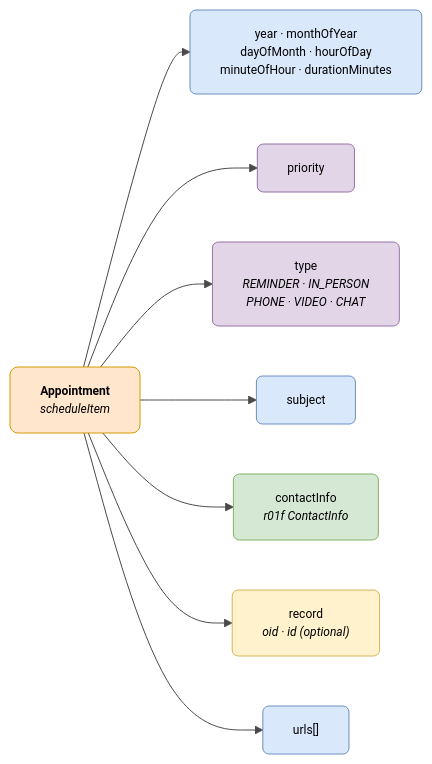
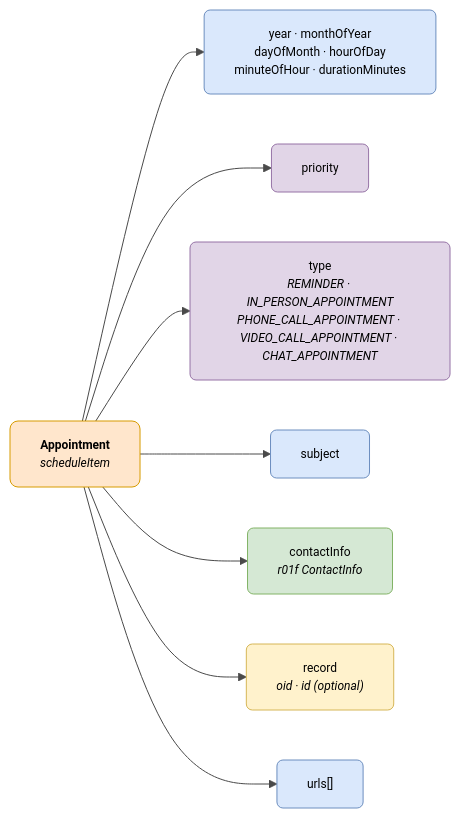
Before and after one commit to DENA-Euskadi/dena-euskadi.github.io: the diagram in docs/semantica/data-retrieve/data/cita.en.md, drawn with Mermaid. The commit also changed other lines of this file and 117 other files, not shown here.

````diff
--- a/docs/semantica/data-retrieve/data/cita.en.md
+++ b/docs/semantica/data-retrieve/data/cita.en.md
@@ -17,31 +17,31 @@
 ```mermaid
 ---
 config:
   theme: base
   themeVariables:
     primaryColor: "#FFFFFF"
     primaryTextColor: "#000000"
     primaryBorderColor: "#CCCCCC"
     lineColor: "#4A4A4A"
     fontSize: "12px"
 ---
 flowchart LR
     CITA["<b>Appointment</b><br/><i>scheduleItem</i>"]
 
     CITA --> WHEN["year · monthOfYear<br/>dayOfMonth · hourOfDay<br/>minuteOfHour · durationMinutes"]
     CITA --> PRIO["priority"]
-    CITA --> TYPE["type<br/><i>REMINDER · IN_PERSON<br/>PHONE · VIDEO · CHAT</i>"]
+    CITA --> TYPE["type<br/><i>REMINDER · IN_PERSON_APPOINTMENT<br/>PHONE_CALL_APPOINTMENT · VIDEO_CALL_APPOINTMENT · CHAT_APPOINTMENT</i>"]
     CITA --> SUBJECT["subject"]
     CITA --> CONTACT["contactInfo<br/><i>r01f ContactInfo</i>"]
     CITA --> RECORD["record<br/><i>oid · id (optional)</i>"]
     CITA --> URLS["urls[]"]
 
     style CITA fill:#ffe6cc,stroke:#d79b00,color:#000000,rx:8,ry:8
     style WHEN fill:#dae8fc,stroke:#6c8ebf,color:#000000,rx:6,ry:6
     style PRIO fill:#e1d5e7,stroke:#9673a6,color:#000000,rx:6,ry:6
     style TYPE fill:#e1d5e7,stroke:#9673a6,color:#000000,rx:6,ry:6
     style SUBJECT fill:#dae8fc,stroke:#6c8ebf,color:#000000,rx:6,ry:6
     style CONTACT fill:#d5e8d4,stroke:#82b366,color:#000000,rx:6,ry:6
     style RECORD fill:#fff2cc,stroke:#d6b656,color:#000000,rx:6,ry:6
     style URLS fill:#dae8fc,stroke:#6c8ebf,color:#000000,rx:6,ry:6
 ```
````
